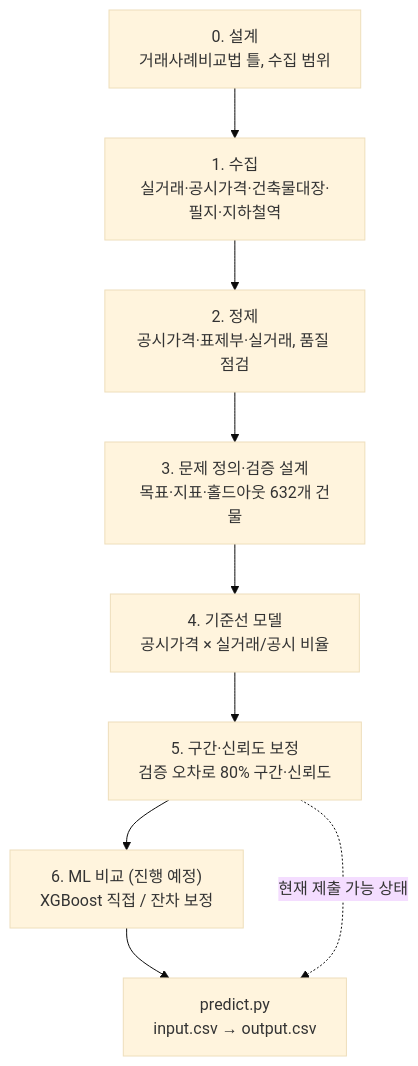
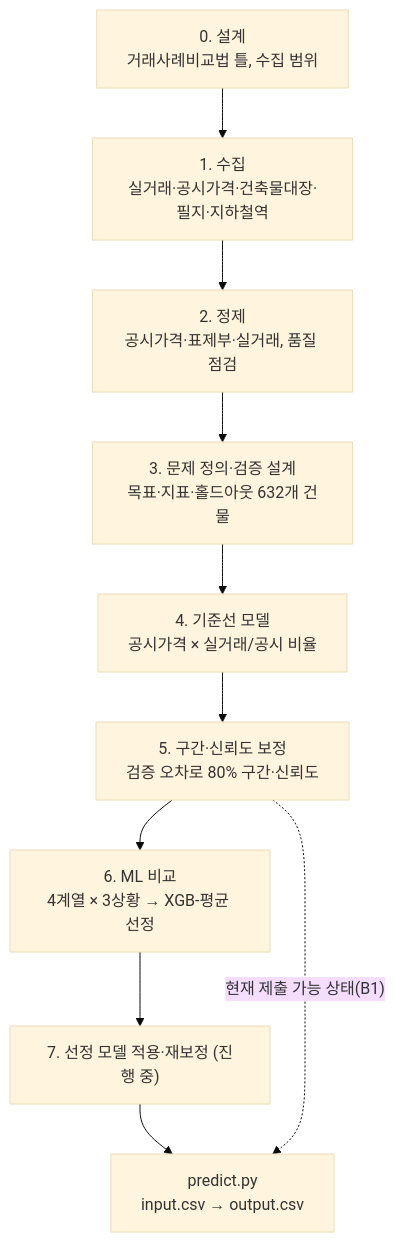
Before and after one commit to KimInSeok-DA/DA_Seoul_Villa_AVM: the first of 2 diagrams in docs/진행_과정.md, drawn with Mermaid (base theme). The commit also changed other lines of this file and 18 other files, not shown here.

````diff
--- a/docs/진행_과정.md
+++ b/docs/진행_과정.md
@@ -11,11 +11,12 @@
 ```mermaid
 flowchart TD
     A["0. 설계<br/>거래사례비교법 틀, 수집 범위"] --> B["1. 수집<br/>실거래·공시가격·건축물대장·필지·지하철역"]
     B --> C["2. 정제<br/>공시가격·표제부·실거래, 품질 점검"]
     C --> D["3. 문제 정의·검증 설계<br/>목표·지표·홀드아웃 632개 건물"]
     D --> E["4. 기준선 모델<br/>공시가격 × 실거래/공시 비율"]
     E --> F["5. 구간·신뢰도 보정<br/>검증 오차로 80% 구간·신뢰도"]
-    F --> G["6. ML 비교 (진행 예정)<br/>XGBoost 직접 / 잔차 보정"]
-    G --> H["predict.py<br/>input.csv → output.csv"]
-    F -.현재 제출 가능 상태.-> H
+    F --> G["6. ML 비교<br/>4계열 × 3상황 → XGB-평균 선정"]
+    G --> G2["7. 선정 모델 적용·재보정 (진행 중)"]
+    G2 --> H["predict.py<br/>input.csv → output.csv"]
+    F -.현재 제출 가능 상태(B1).-> H
 ```
````
